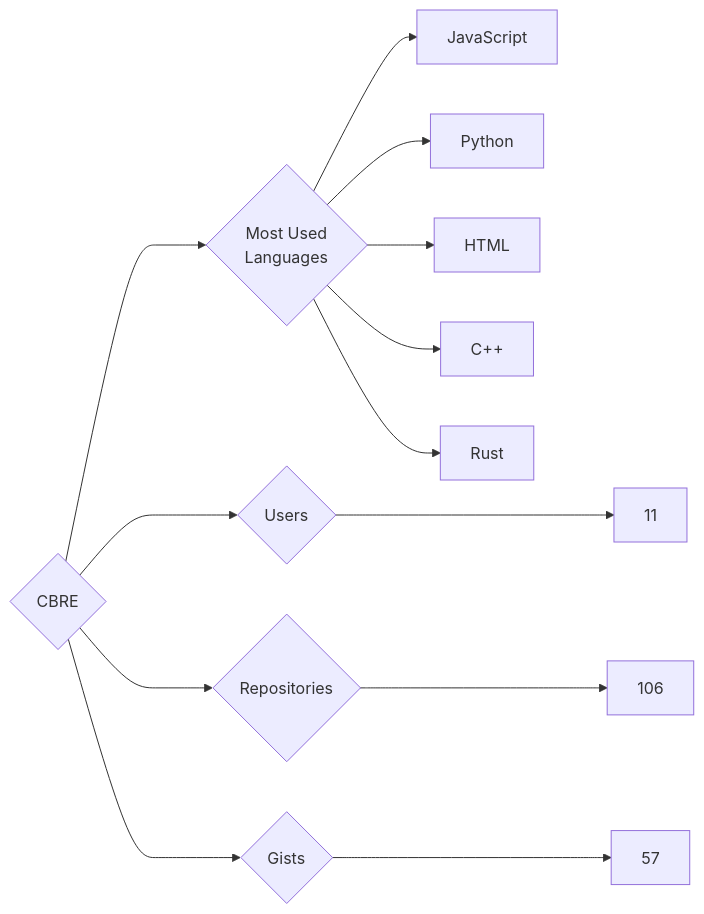
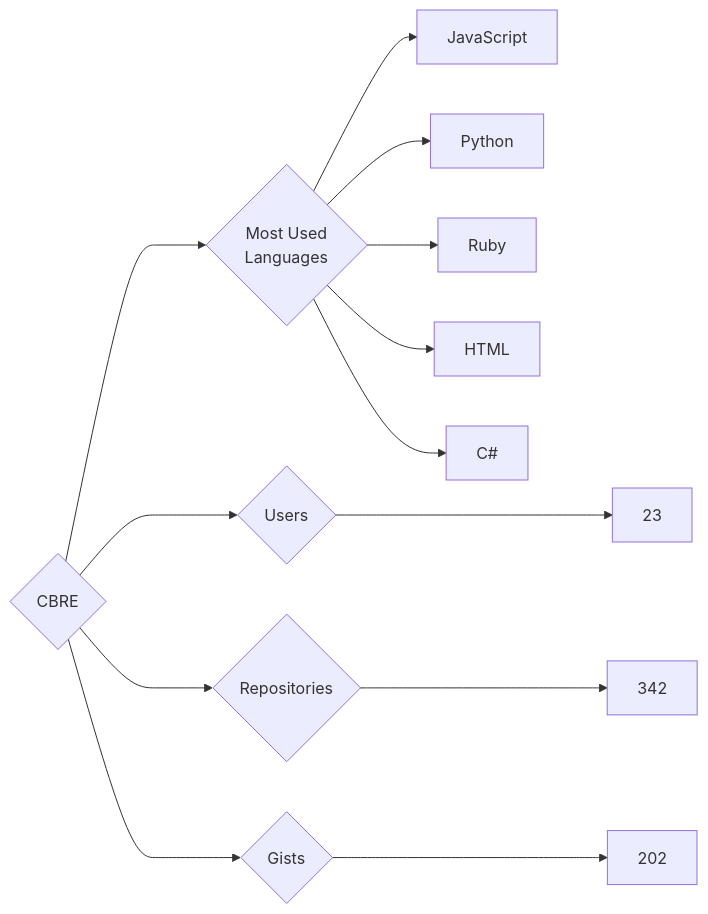
Before and after one commit to trickest/insiders: the diagram in targets/CBRE/README.md, drawn with Mermaid. The commit also changed 814 other files, not shown here.

````diff
--- a/targets/CBRE/README.md
+++ b/targets/CBRE/README.md
@@ -3,13 +3,13 @@
 ```mermaid
 graph LR
 COMPANY_NAME{CBRE}
-COMPANY_NAME ---> U{Users} ---> UN[11]
-COMPANY_NAME ---> R{Repositories} ---> RN[106]
-COMPANY_NAME ---> G{Gists} ---> GN[57]
+COMPANY_NAME ---> U{Users} ---> UN[23]
+COMPANY_NAME ---> R{Repositories} ---> RN[342]
+COMPANY_NAME ---> G{Gists} ---> GN[202]
 COMPANY_NAME ---> ML{Most Used<br>Languages}
 ML --> JavaScript[JavaScript]
 ML --> Python[Python]
+ML --> Ruby[Ruby]
 ML --> HTML[HTML]
-ML --> C++[C++]
-ML --> Rust[Rust]
+ML --> C#[C#]
 ```
````
